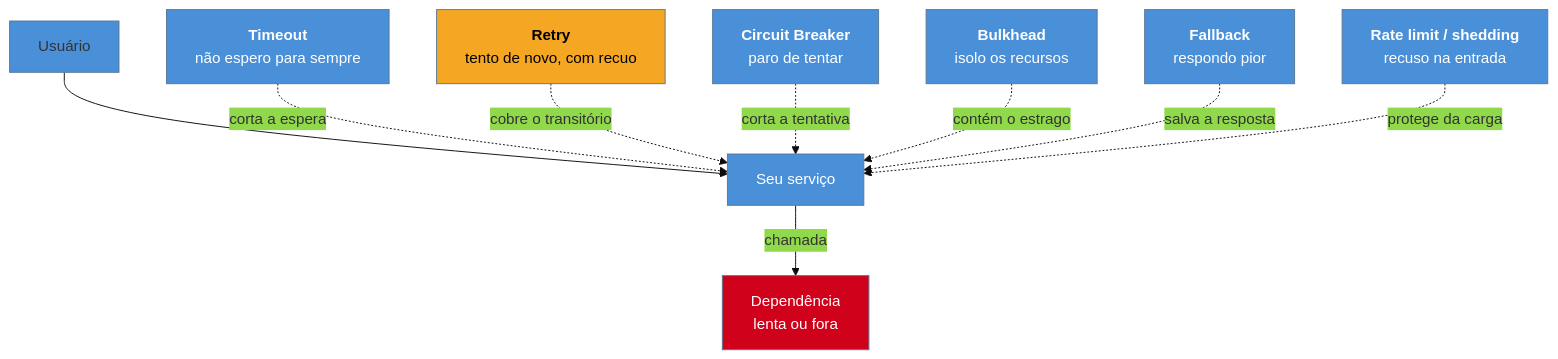
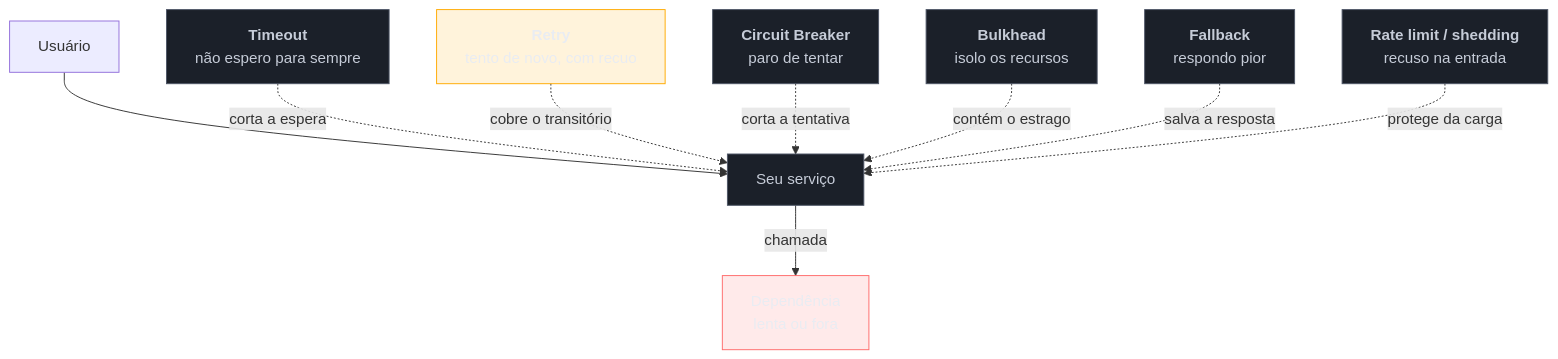
The diagram in 03-Dominios/Engenharia/Design de Software/Padrões de Projeto/Nuvem e Resiliência/01 - Panorama da resiliência.md (josenaldo/codex-technomanticus), drawn with Mermaid before and after one commit. The commit also changed 1181 other files, not shown here.

First line of the commit message:
fix(diagramas): paleta do sistema no lugar de cor cravada no markdown

````diff
--- a/03-Dominios/Engenharia/Design de Software/Padrões de Projeto/Nuvem e Resiliência/01 - Panorama da resiliência.md
+++ b/03-Dominios/Engenharia/Design de Software/Padrões de Projeto/Nuvem e Resiliência/01 - Panorama da resiliência.md
@@ -58,22 +58,24 @@
 ```mermaid
-%%{init: {"theme": "base", "themeVariables": {"primaryColor": "#4A90D9"}}}%%
 graph TD
+    classDef falha fill:#FF6B6B24,stroke:#FF6B6B,color:#E9ECF2
+    classDef neutro fill:#1B2029,stroke:#4E5666,color:#C6CCD8
+    classDef destaque fill:#FFAA0024,stroke:#FFAA00,color:#E9ECF2
     U["Usuário"] --> A["Seu serviço"]
     A -->|"chamada"| D["Dependência<br/>lenta ou fora"]
 
     T["<b>Timeout</b><br/>não espero para sempre"] -.->|"corta a espera"| A
     R["<b>Retry</b><br/>tento de novo, com recuo"] -.->|"cobre o transitório"| A
     C["<b>Circuit Breaker</b><br/>paro de tentar"] -.->|"corta a tentativa"| A
     B["<b>Bulkhead</b><br/>isolo os recursos"] -.->|"contém o estrago"| A
     F["<b>Fallback</b><br/>respondo pior"] -.->|"salva a resposta"| A
     L["<b>Rate limit / shedding</b><br/>recuso na entrada"] -.->|"protege da carga"| A
 
-    style D fill:#D0021B,color:#fff
-    style A fill:#4A90D9,color:#fff
-    style T fill:#4A90D9,color:#fff
-    style R fill:#F5A623,color:#000
-    style C fill:#4A90D9,color:#fff
-    style B fill:#4A90D9,color:#fff
-    style F fill:#4A90D9,color:#fff
-    style L fill:#4A90D9,color:#fff
+    class D falha
+    class A neutro
+    class T neutro
+    class R destaque
+    class C neutro
+    class B neutro
+    class F neutro
+    class L neutro
 ```
````
